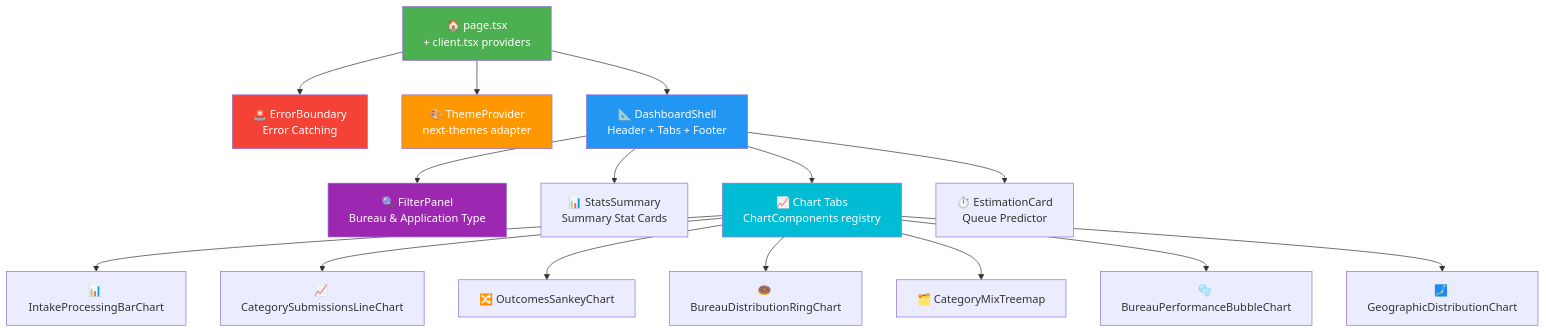
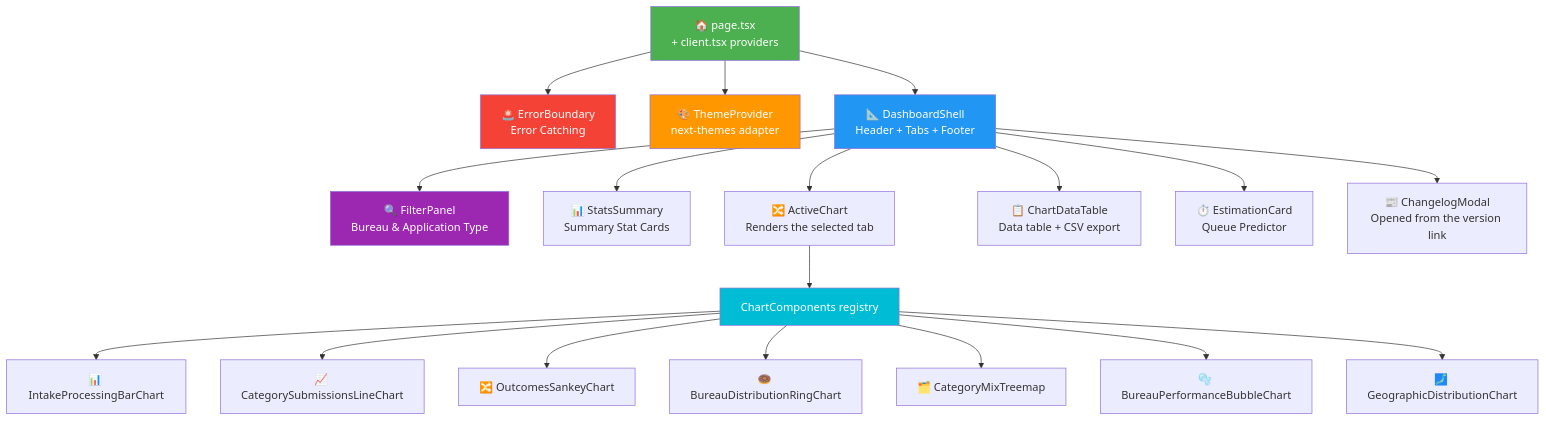
The sixth of 16 diagrams in ARCHITECTURE.md (RetroHazard/JP_Immigration_Dashboard), drawn with Mermaid before and after one commit. The commit also changed other lines of this file and 4 other files, not shown here.

````diff
--- a/ARCHITECTURE.md
+++ b/ARCHITECTURE.md
@@ -162,28 +174,31 @@
 ```mermaid
 graph TD
     APP["🏠 page.tsx<br/>+ client.tsx providers"]
     
     APP --> ERROR["🚨 ErrorBoundary<br/>Error Catching"]
     APP --> THEME["🎨 ThemeProvider<br/>next-themes adapter"]
     APP --> SHELL["📐 DashboardShell<br/>Header + Tabs + Footer"]
     
     SHELL --> FILTER["🔍 FilterPanel<br/>Bureau & Application Type"]
     SHELL --> STATS["📊 StatsSummary<br/>Summary Stat Cards"]
-    SHELL --> CHARTS["📈 Chart Tabs<br/>ChartComponents registry"]
+    SHELL --> ACTIVE["🔀 ActiveChart<br/>Renders the selected tab"]
+    SHELL --> TABLE["📋 ChartDataTable<br/>Data table + CSV export"]
     SHELL --> ESTIMATOR["⏱️ EstimationCard<br/>Queue Predictor"]
+    SHELL --> CHANGELOG["📰 ChangelogModal<br/>Opened from the version link"]
     
+    ACTIVE --> CHARTS["ChartComponents registry"]
     CHARTS --> INTAKE["📊 IntakeProcessingBarChart"]
     CHARTS --> TYPES["📈 CategorySubmissionsLineChart"]
     CHARTS --> OUTCOMES["🔀 OutcomesSankeyChart"]
     CHARTS --> SHARE["🍩 BureauDistributionRingChart"]
     CHARTS --> MIX["🗂️ CategoryMixTreemap"]
     CHARTS --> EFFICIENCY["🫧 BureauPerformanceBubbleChart"]
     CHARTS --> MAP["🗾 GeographicDistributionChart"]
     
     style APP fill:#4CAF50,color:#fff
     style SHELL fill:#2196F3,color:#fff
     style ERROR fill:#F44336,color:#fff
     style THEME fill:#FF9800,color:#fff
     style FILTER fill:#9C27B0,color:#fff
     style CHARTS fill:#00BCD4,color:#fff
 ```
````
